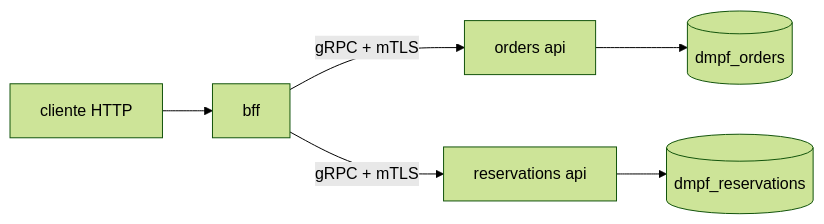
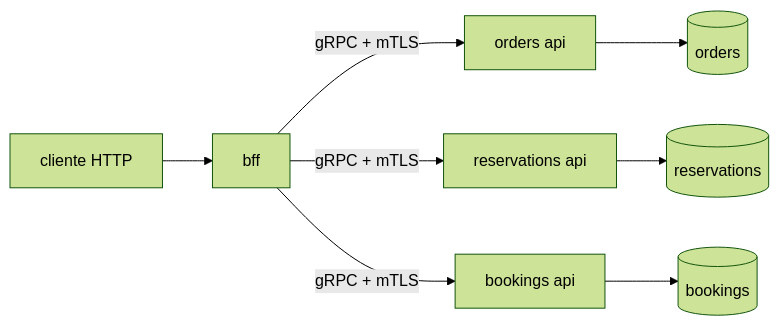
Before and after one commit to mateusmacedo/dmpf: the diagram in apps/backend/bff/README.md, drawn with Mermaid (forest theme). The commit also changed other lines of this file and 1 other file, not shown here.

Commit message:
docs(bff): Mostrar o bookings e os bancos por app no README

````diff
--- a/apps/backend/bff/README.md
+++ b/apps/backend/bff/README.md
@@ -23,8 +23,10 @@
 ```mermaid
 flowchart LR
   client[cliente HTTP] --> bff[bff]
   bff -->|gRPC + mTLS| orders[orders api]
   bff -->|gRPC + mTLS| reservations[reservations api]
-  orders --> ordersdb[(dmpf_orders)]
-  reservations --> reservationsdb[(dmpf_reservations)]
+  bff -->|gRPC + mTLS| bookings[bookings api]
+  orders --> ordersdb[(orders)]
+  reservations --> reservationsdb[(reservations)]
+  bookings --> bookingsdb[(bookings)]
 ```
````
